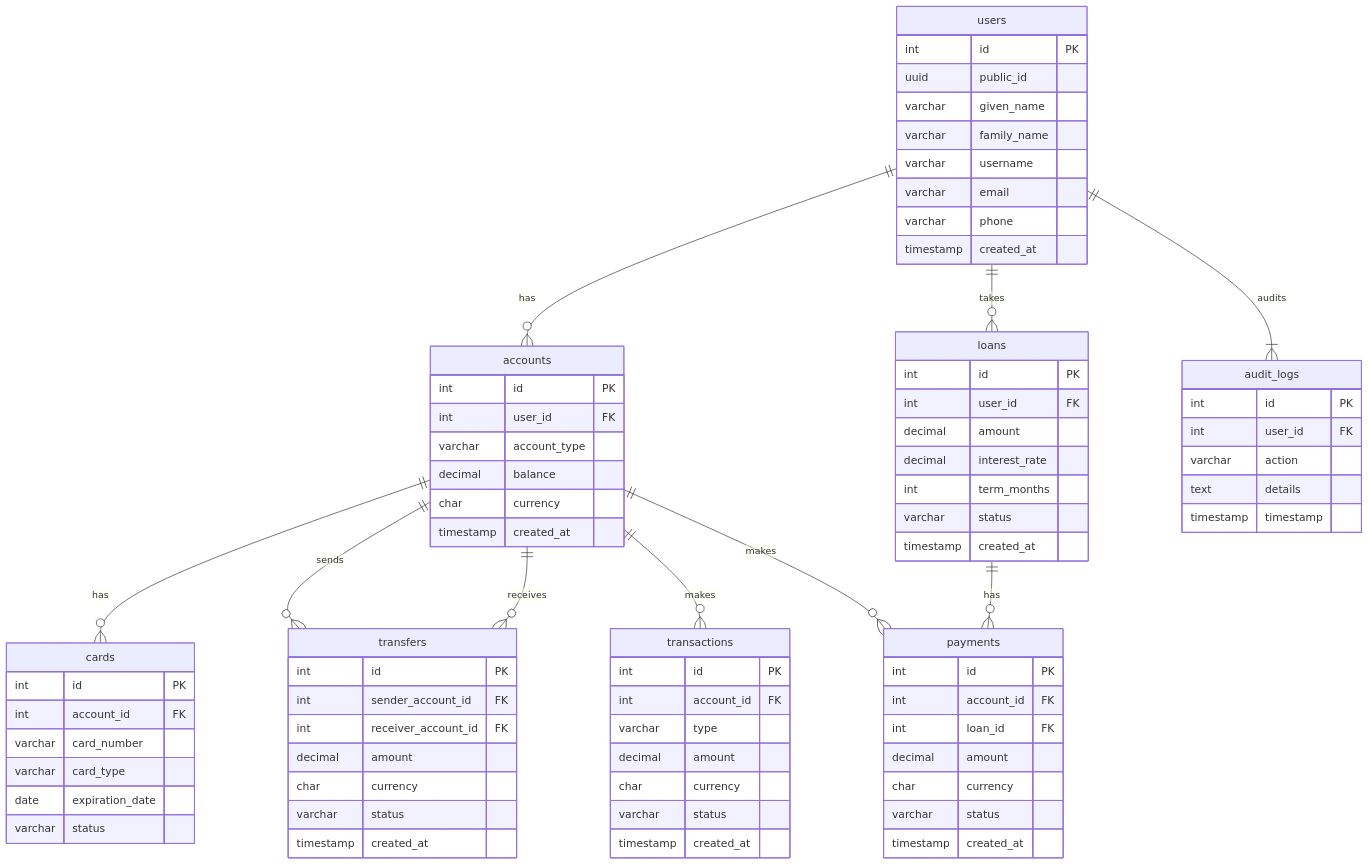
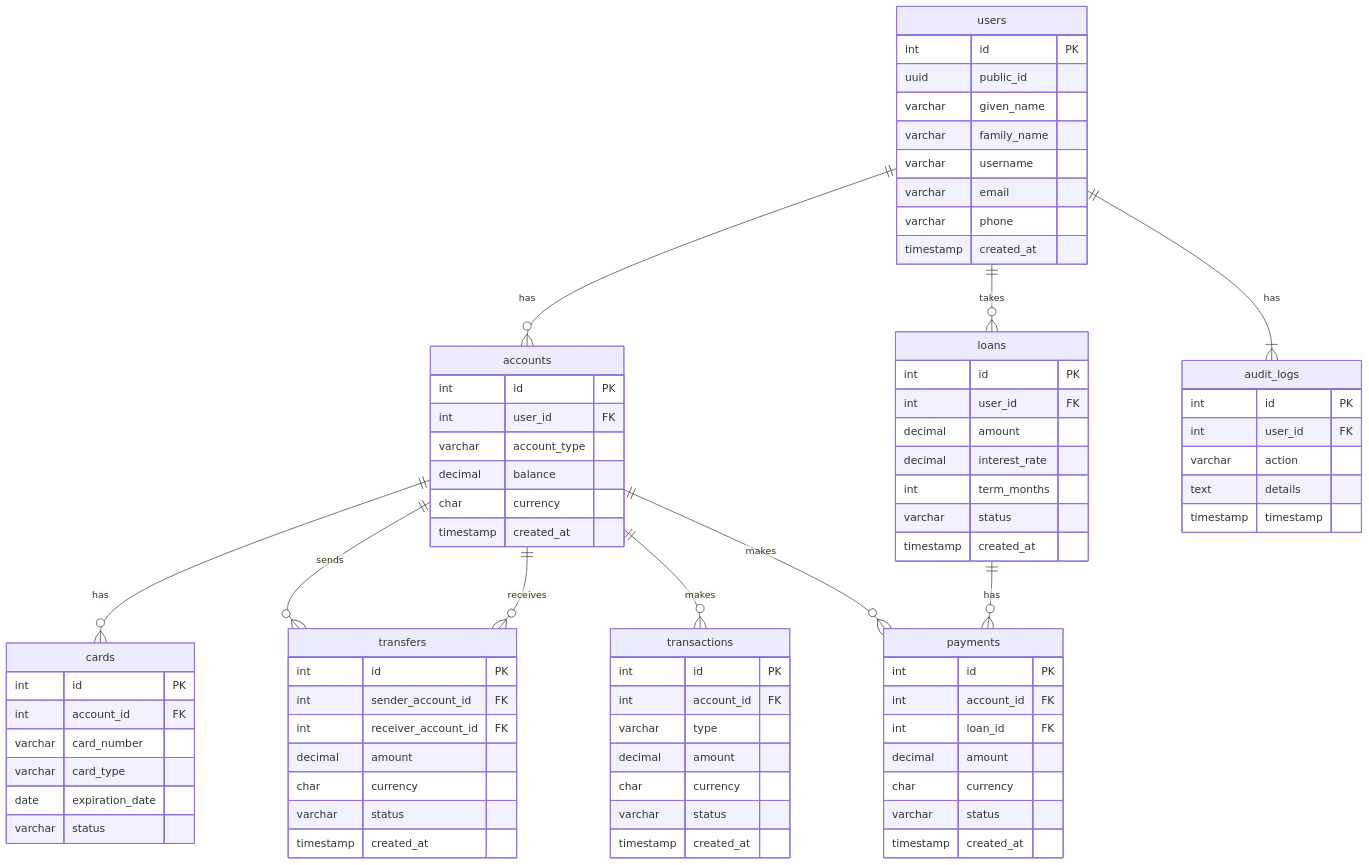
Before and after one commit to W-E-Robinson/sql-optimisation-and-caching-experimentation: the diagram in README.md, drawn with Mermaid.

Commit message:
docs: updated verb for users->audit_logs

```diff
--- a/README.md
+++ b/README.md
@@ -15,7 +15,7 @@
 erDiagram
     users ||--o{ accounts : has
     users ||--o{ loans : takes
-    users ||--|{ audit_logs : audits
+    users ||--|{ audit_logs : has
     users {
         int id PK
         uuid public_id
```
